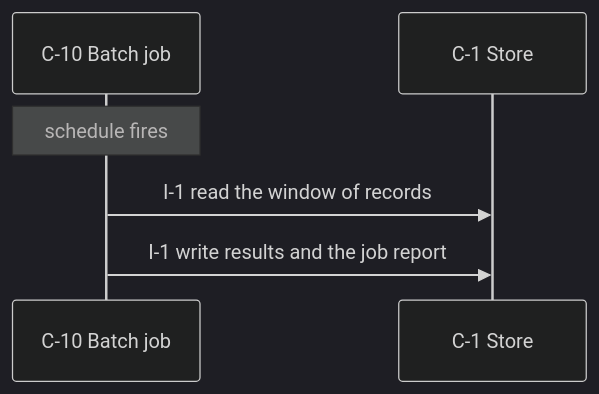
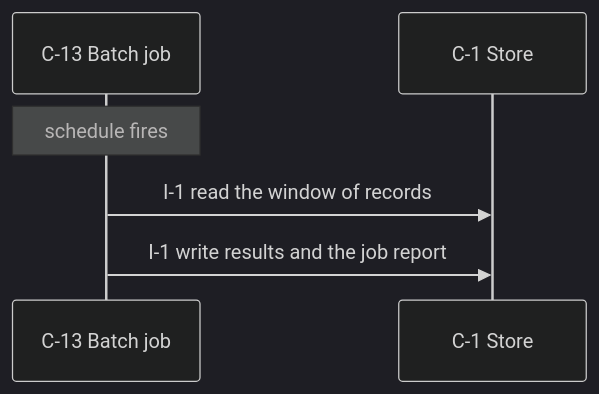
One commit to yui9696/sekkei changed the fourth of 5 diagrams in examples/minimal/DESIGN.md. Above: the diagram before and after it, drawn with Mermaid (dark theme). The commit also changed other lines of this file and 61 other files, not shown here.

````diff
--- a/examples/minimal/DESIGN.md
+++ b/examples/minimal/DESIGN.md
@@ -335,8 +453,8 @@
 ```mermaid
 sequenceDiagram
-  participant C_10 as C-10 Batch job
+  participant C_13 as C-13 Batch job
   participant C_1 as C-1 Store
-  Note over C_10: schedule fires
-  C_10->>C_1: I-1 read the window of records
-  C_10->>C_1: I-1 write results and the job report
+  Note over C_13: schedule fires
+  C_13->>C_1: I-1 read the window of records
+  C_13->>C_1: I-1 write results and the job report
 ```
````
